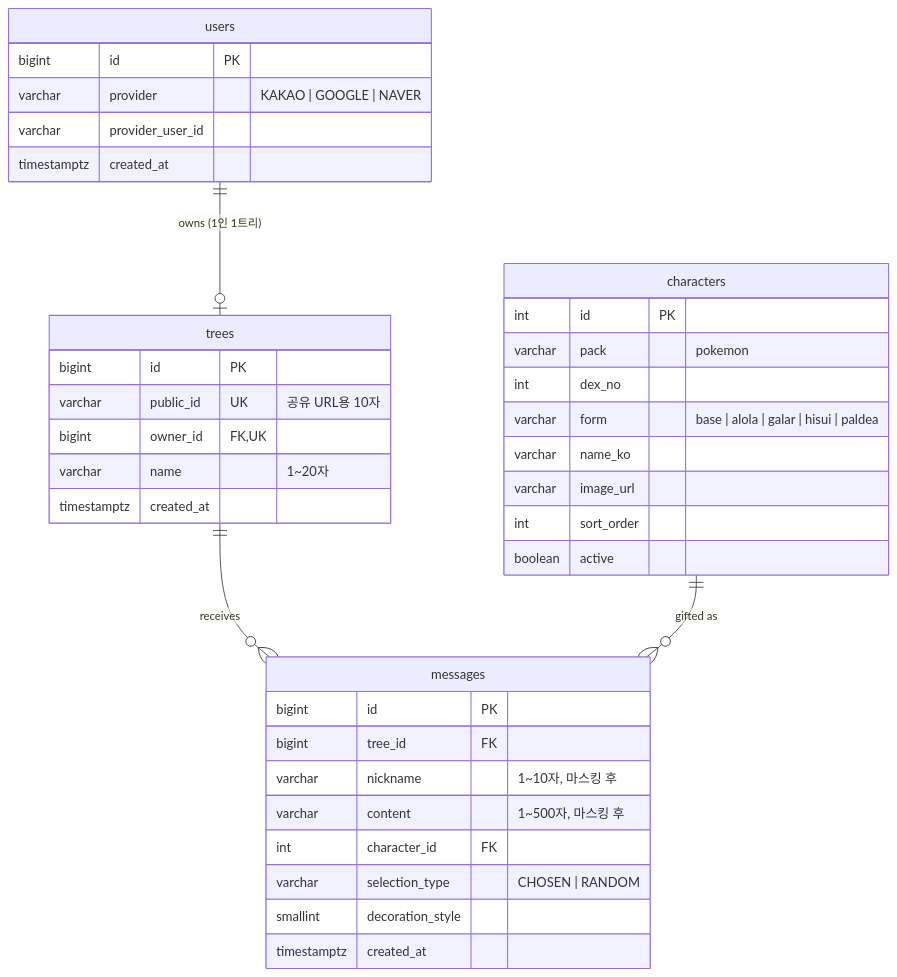
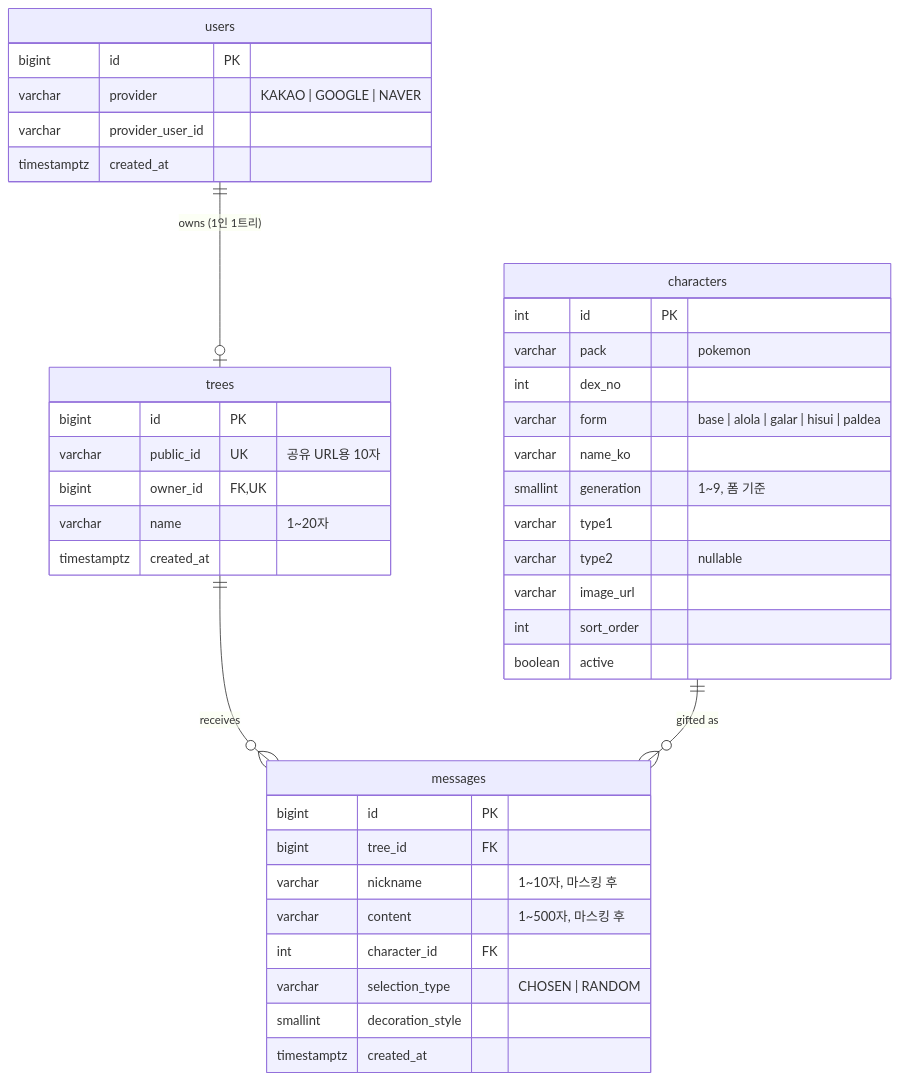
The diagram in docs/product/erd.md (Pevelovers/poke-letter), drawn with Mermaid before and after one commit. The commit also changed other lines of this file and 5 other files, not shown here.

````diff
--- a/docs/product/erd.md
+++ b/docs/product/erd.md
@@ -8,40 +8,43 @@
 ```mermaid
 erDiagram
     users ||--o| trees : "owns (1인 1트리)"
     trees ||--o{ messages : "receives"
     characters ||--o{ messages : "gifted as"
 
     users {
         bigint id PK
         varchar provider "KAKAO | GOOGLE | NAVER"
         varchar provider_user_id
         timestamptz created_at
     }
     trees {
         bigint id PK
         varchar public_id UK "공유 URL용 10자"
         bigint owner_id FK,UK
         varchar name "1~20자"
         timestamptz created_at
     }
     messages {
         bigint id PK
         bigint tree_id FK
         varchar nickname "1~10자, 마스킹 후"
         varchar content "1~500자, 마스킹 후"
         int character_id FK
         varchar selection_type "CHOSEN | RANDOM"
         smallint decoration_style
         timestamptz created_at
     }
     characters {
         int id PK
         varchar pack "pokemon"
         int dex_no
         varchar form "base | alola | galar | hisui | paldea"
         varchar name_ko
+        smallint generation "1~9, 폼 기준"
+        varchar type1
+        varchar type2 "nullable"
         varchar image_url
         int sort_order
         boolean active
     }
 ```
````
